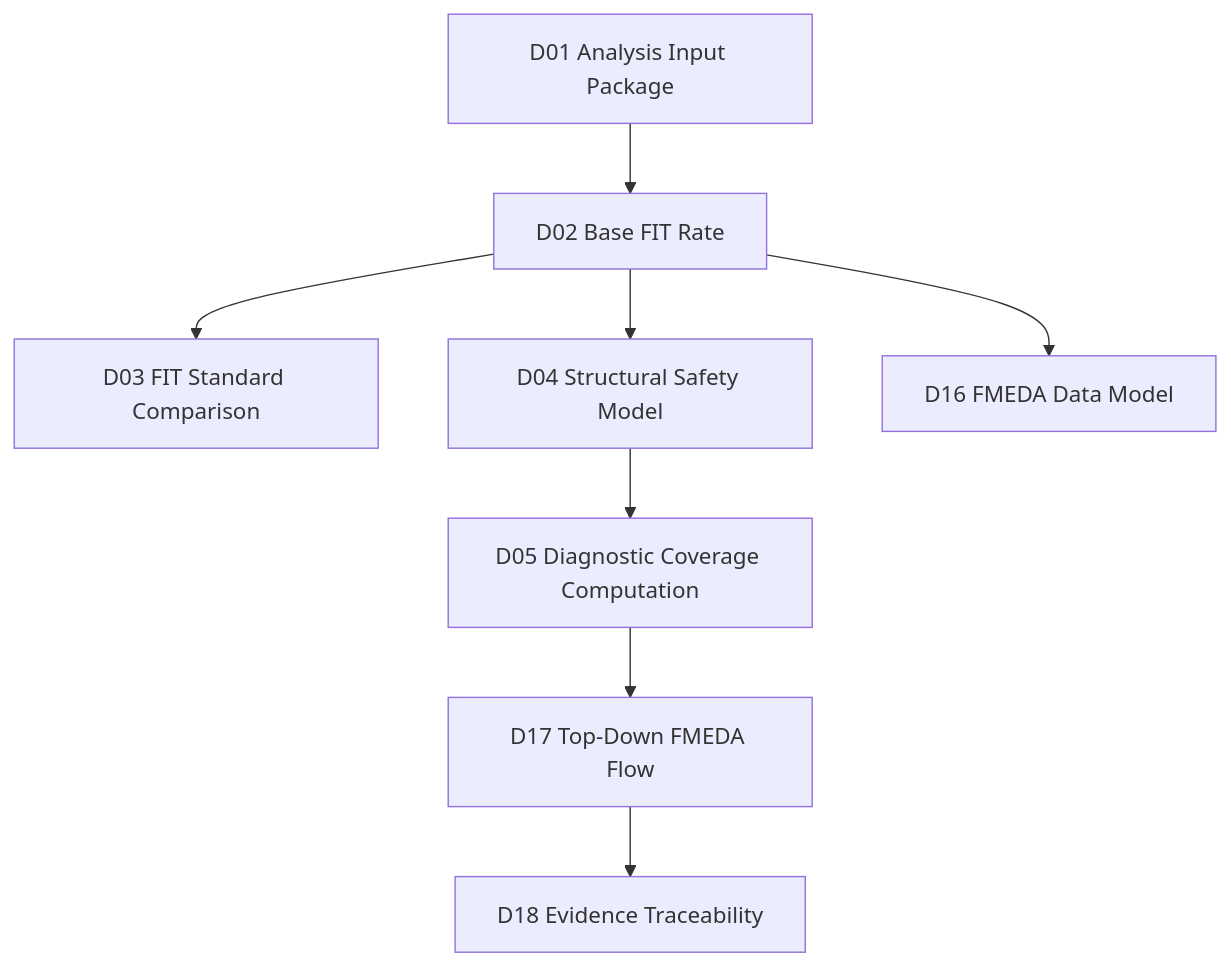
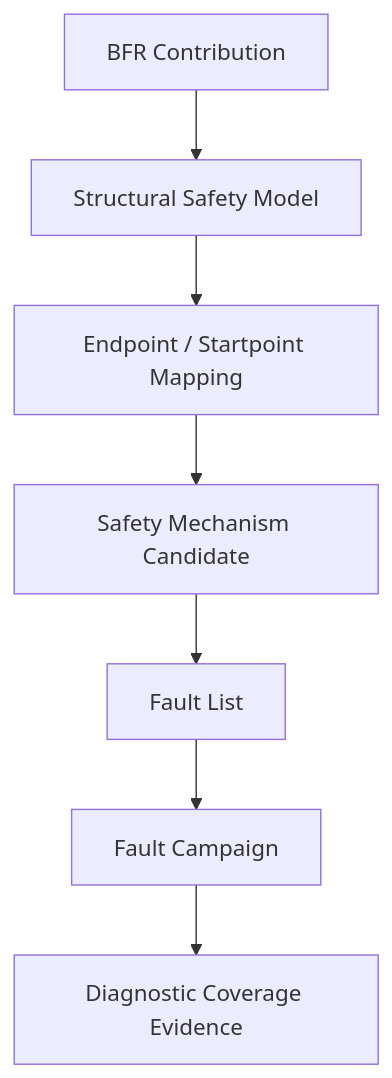
The fourth of 4 diagrams in articles/02_automotive_safeic_practice_d02_github_en_generic.md (qiqixixi1001/automotive-safeic-practice), drawn with Mermaid before and after one commit. The commit also changed other lines of this file, not shown here.

````diff
--- a/articles/02_automotive_safeic_practice_d02_github_en_generic.md
+++ b/articles/02_automotive_safeic_practice_d02_github_en_generic.md
@@ -964,10 +830,9 @@
 ```mermaid
 flowchart TD
-    A[D01 Analysis Input Package] --> B[D02 Base FIT Rate]
-    B --> C[D03 FIT Standard Comparison]
-    B --> D[D04 Structural Safety Model]
-    D --> E[D05 Diagnostic Coverage Computation]
-    B --> F[D16 FMEDA Data Model]
-    E --> G[D17 Top-Down FMEDA Flow]
-    G --> H[D18 Evidence Traceability]
+    A[BFR Contribution] --> B[Structural Safety Model]
+    B --> C[Endpoint / Startpoint Mapping]
+    C --> D[Safety Mechanism Candidate]
+    D --> E[Fault List]
+    E --> F[Fault Campaign]
+    F --> G[Diagnostic Coverage Evidence]
 ```
````
